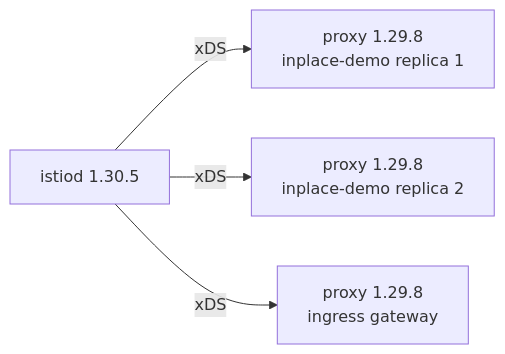
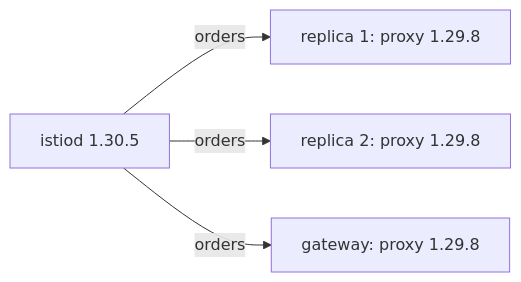
One commit to astrona-io/ATS013 changed the diagram in sections/section-030/module-03/course-02-skew-completion-and-reverting.md. Above: the diagram before and after it, drawn with Mermaid. The commit also changed other lines of this file and 38 other files, not shown here.

````diff
--- a/sections/section-030/module-03/course-02-skew-completion-and-reverting.md
+++ b/sections/section-030/module-03/course-02-skew-completion-and-reverting.md
@@ -13,6 +19,6 @@
 ```mermaid
 flowchart LR
-    I["istiod 1.30.5"] -->|"xDS"| P1["proxy 1.29.8<br/>inplace-demo replica 1"]
-    I -->|"xDS"| P2["proxy 1.29.8<br/>inplace-demo replica 2"]
-    I -->|"xDS"| P3["proxy 1.29.8<br/>ingress gateway"]
+    I["istiod 1.30.5"] -->|"orders"| P1["replica 1: proxy 1.29.8"]
+    I -->|"orders"| P2["replica 2: proxy 1.29.8"]
+    I -->|"orders"| P3["gateway: proxy 1.29.8"]
 ```
````
